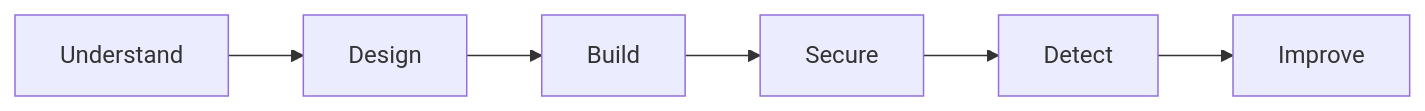
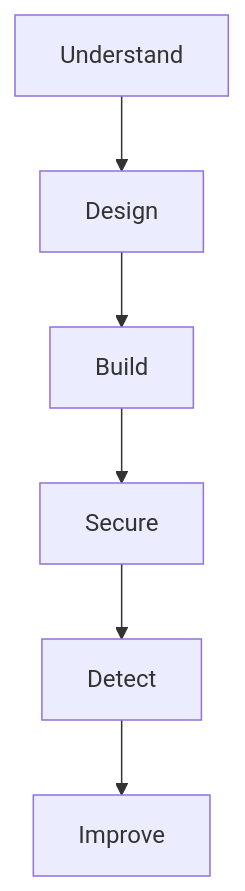
One commit to lxrider/saas-security-lab changed the diagram in ROADMAP.md. Above: the diagram before and after it, drawn with Mermaid. The commit also changed other lines of this file, not shown here.

First line of the commit message:
docs: make security problems drive the roadmap

````diff
--- a/ROADMAP.md
+++ b/ROADMAP.md
@@ -5,8 +5,8 @@
 ```mermaid
-flowchart LR
+flowchart TD
     A["Understand"] --> B["Design"]
     B --> C["Build"]
     C --> D["Secure"]
     D --> E["Detect"]
     E --> F["Improve"]
 ```
````
